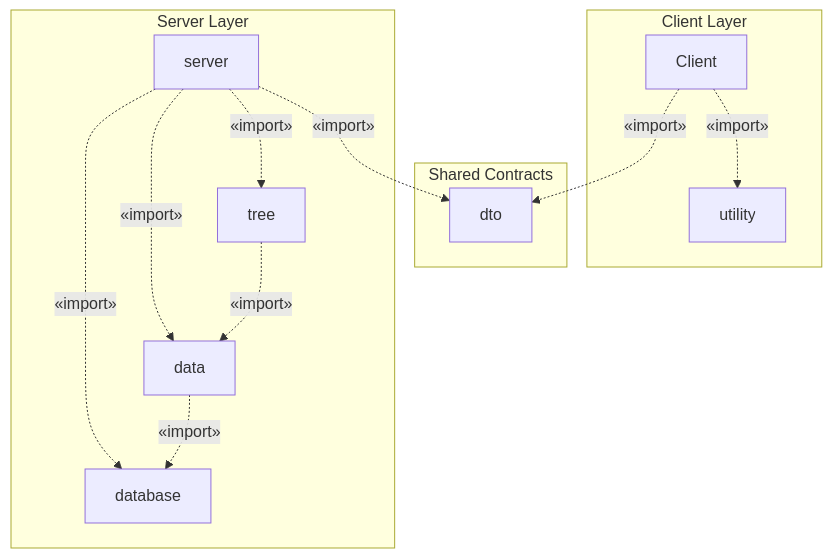
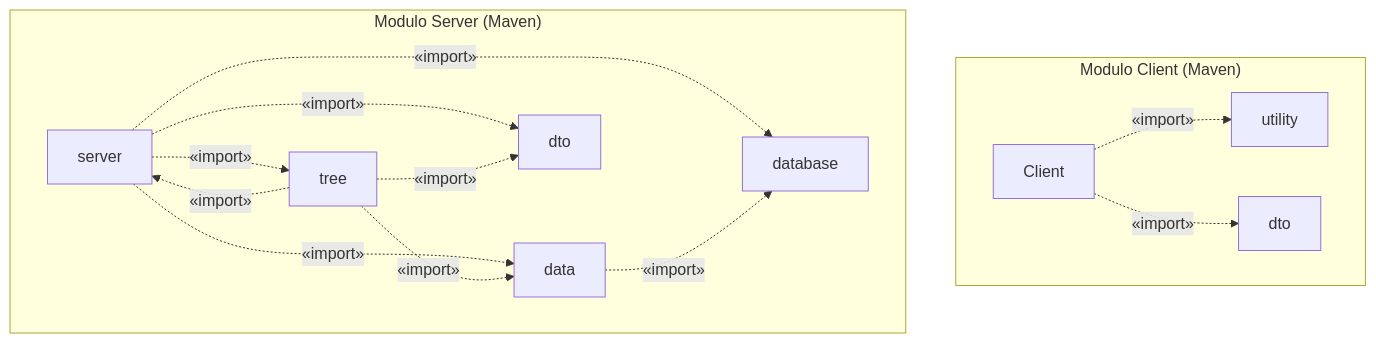
The first of 11 diagrams in docs/architettura-uml-oop.md (MarcoDiana/Albero_di_regressione), drawn with Mermaid before and after one commit. The commit also changed other lines of this file and 222 other files, not shown here.

Commit message:
docs: allineamento completo documentazione, diagrammi UML, PDF e javadoc aggregato

````diff
--- a/docs/architettura-uml-oop.md
+++ b/docs/architettura-uml-oop.md
@@ -5,27 +5,27 @@
 ```mermaid
 flowchart TD
-    subgraph ClientLayer ["Client Layer"]
+    subgraph ClientModule ["Modulo Client (Maven)"]
         PkgClient["Client"]
         PkgUtility["utility"]
+        PkgClientDto["dto"]
     end
 
-    subgraph DtoLayer ["Shared Contracts"]
-        PkgDto["dto"]
-    end
-
-    subgraph ServerLayer ["Server Layer"]
+    subgraph ServerModule ["Modulo Server (Maven)"]
         PkgServer["server"]
         PkgTree["tree"]
         PkgData["data"]
         PkgDatabase["database"]
+        PkgServerDto["dto"]
     end
 
     PkgClient -.->|"«import»"| PkgUtility
-    PkgClient -.->|"«import»"| PkgDto
+    PkgClient -.->|"«import»"| PkgClientDto
     PkgServer -.->|"«import»"| PkgTree
     PkgServer -.->|"«import»"| PkgData
     PkgServer -.->|"«import»"| PkgDatabase
-    PkgServer -.->|"«import»"| PkgDto
+    PkgServer -.->|"«import»"| PkgServerDto
     PkgTree -.->|"«import»"| PkgData
+    PkgTree -.->|"«import»"| PkgServerDto
+    PkgTree -.->|"«import»"| PkgServer
     PkgData -.->|"«import»"| PkgDatabase
 ```
````
